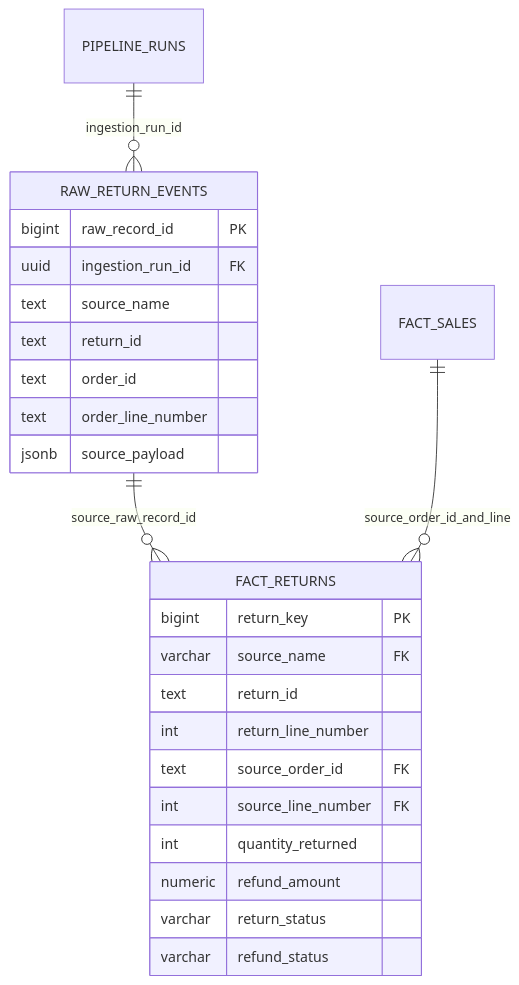
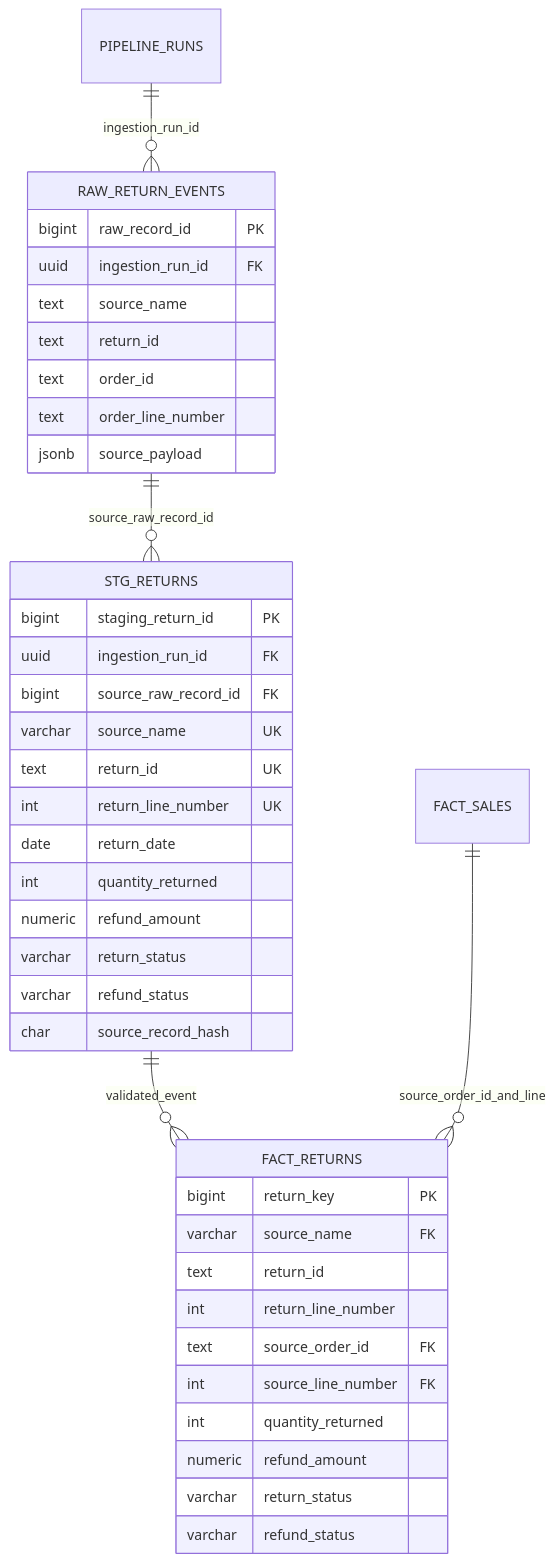
Before and after one commit to RinaldiHamzah/arunika-sales-pepeline-end-to-end: the diagram in docs/erd.md, drawn with Mermaid. The commit also changed other lines of this file and 15 other files, not shown here.

````diff
--- a/docs/erd.md
+++ b/docs/erd.md
@@ -17,28 +17,43 @@
 ```mermaid
 erDiagram
     PIPELINE_RUNS ||--o{ RAW_RETURN_EVENTS : ingestion_run_id
-    RAW_RETURN_EVENTS ||--o{ FACT_RETURNS : source_raw_record_id
+    RAW_RETURN_EVENTS ||--o{ STG_RETURNS : source_raw_record_id
+    STG_RETURNS ||--o{ FACT_RETURNS : validated_event
     FACT_SALES ||--o{ FACT_RETURNS : source_order_id_and_line
 
     RAW_RETURN_EVENTS {
         bigint raw_record_id PK
         uuid ingestion_run_id FK
         text source_name
         text return_id
         text order_id
         text order_line_number
         jsonb source_payload
+    }
+    STG_RETURNS {
+        bigint staging_return_id PK
+        uuid ingestion_run_id FK
+        bigint source_raw_record_id FK
+        varchar source_name UK
+        text return_id UK
+        int return_line_number UK
+        date return_date
+        int quantity_returned
+        numeric refund_amount
+        varchar return_status
+        varchar refund_status
+        char source_record_hash
     }
     FACT_RETURNS {
         bigint return_key PK
         varchar source_name FK
         text return_id
         int return_line_number
         text source_order_id FK
         int source_line_number FK
         int quantity_returned
         numeric refund_amount
         varchar return_status
         varchar refund_status
     }
 ```
````
